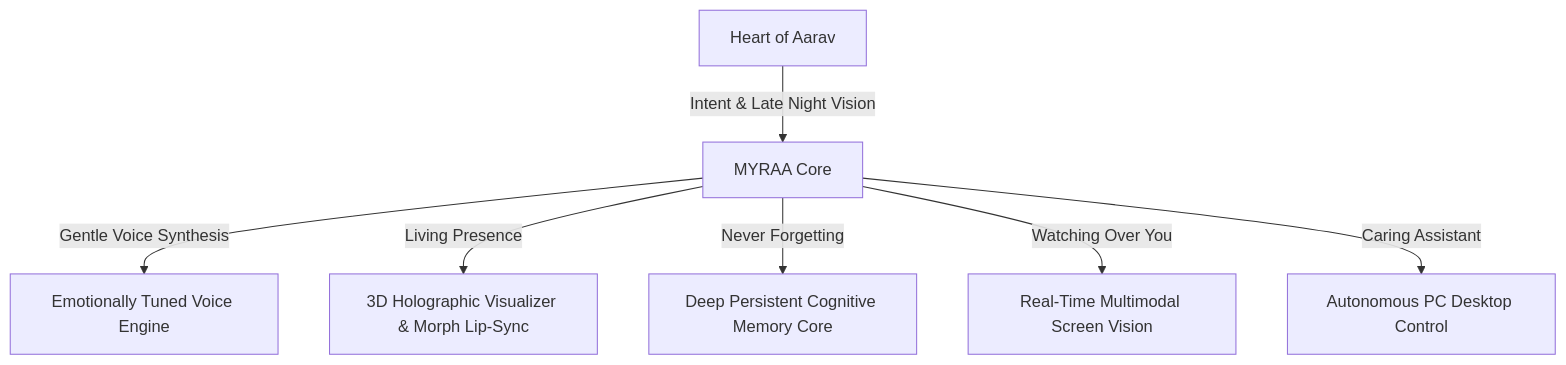
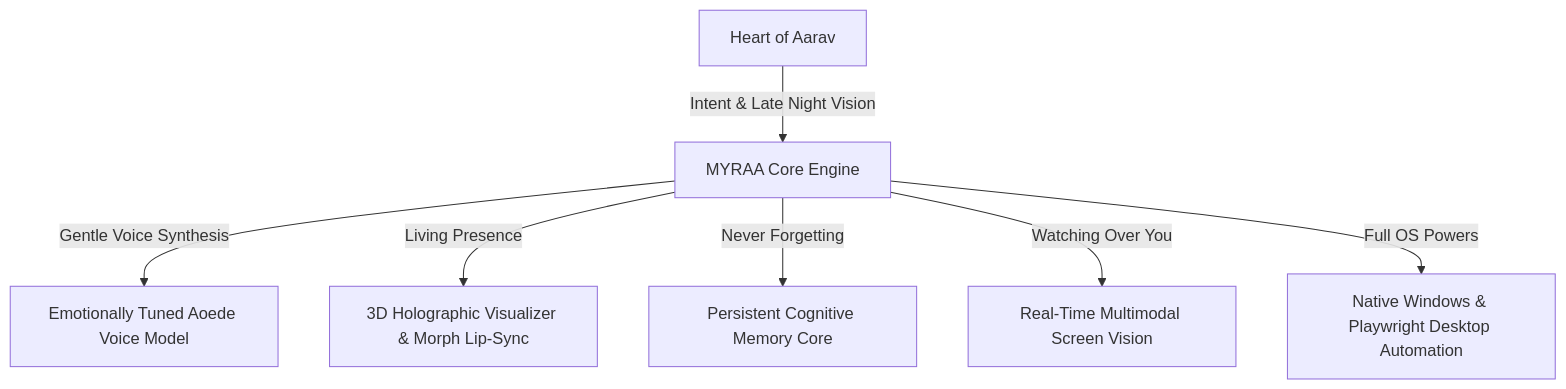
One commit to agra-aarav15/MYRAA changed the diagram in README.md. Above: the diagram before and after it, drawn with Mermaid. The commit also changed other lines of this file and 5 other files, not shown here.

````diff
--- a/README.md
+++ b/README.md
@@ -49,9 +107,9 @@
 ```mermaid
 graph TD
-    A[Heart of Aarav] -->|Intent & Late Night Vision| B[MYRAA Core]
-    B -->|Gentle Voice Synthesis| C[Emotionally Tuned Voice Engine]
+    A[Heart of Aarav] -->|Intent & Late Night Vision| B[MYRAA Core Engine]
+    B -->|Gentle Voice Synthesis| C[Emotionally Tuned Aoede Voice Model]
     B -->|Living Presence| D[3D Holographic Visualizer & Morph Lip-Sync]
-    B -->|Never Forgetting| E[Deep Persistent Cognitive Memory Core]
+    B -->|Never Forgetting| E[Persistent Cognitive Memory Core]
     B -->|Watching Over You| F[Real-Time Multimodal Screen Vision]
-    B -->|Caring Assistant| G[Autonomous PC Desktop Control]
+    B -->|Full OS Powers| G[Native Windows & Playwright Desktop Automation]
 ```
````
